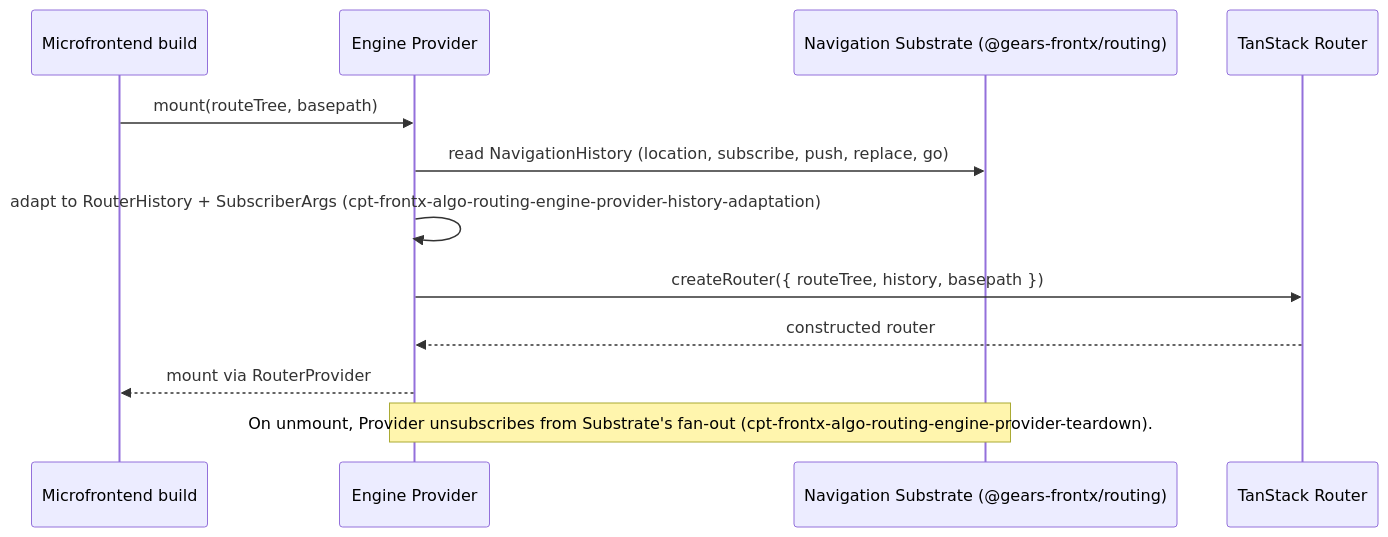
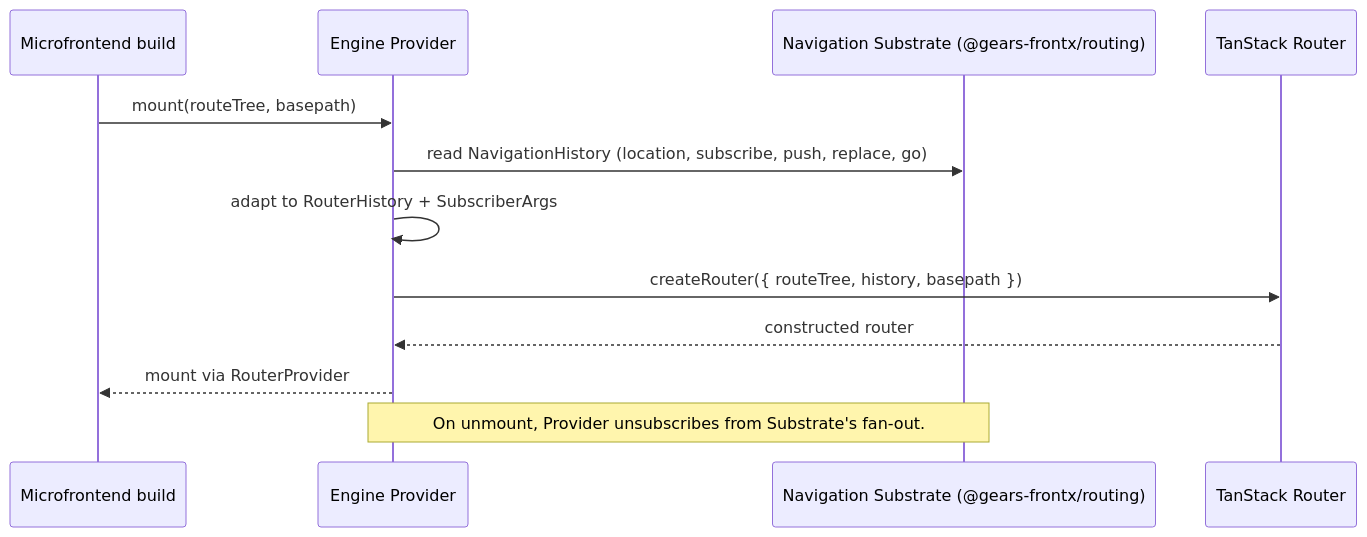
One commit to GeraBart/gears-frontx changed the second of 2 diagrams in packages/routing-tanstack/architecture/DESIGN.md. Above: the diagram before and after it, drawn with Mermaid. The commit also changed other lines of this file and 11 other files, not shown here.

````diff
--- a/packages/routing-tanstack/architecture/DESIGN.md
+++ b/packages/routing-tanstack/architecture/DESIGN.md
@@ -190,14 +212,14 @@
 ```mermaid
 sequenceDiagram
     participant MFE as Microfrontend build
     participant Provider as Engine Provider
     participant Substrate as Navigation Substrate (@gears-frontx/routing)
     participant Engine as TanStack Router
     MFE->>Provider: mount(routeTree, basepath)
     Provider->>Substrate: read NavigationHistory (location, subscribe, push, replace, go)
-    Provider->>Provider: adapt to RouterHistory + SubscriberArgs (cpt-frontx-algo-routing-engine-provider-history-adaptation)
+    Provider->>Provider: adapt to RouterHistory + SubscriberArgs
     Provider->>Engine: createRouter({ routeTree, history, basepath })
     Engine-->>Provider: constructed router
     Provider-->>MFE: mount via RouterProvider
-    Note over Provider,Substrate: On unmount, Provider unsubscribes from Substrate's fan-out (cpt-frontx-algo-routing-engine-provider-teardown).
+    Note over Provider,Substrate: On unmount, Provider unsubscribes from Substrate's fan-out.
 ```
````
